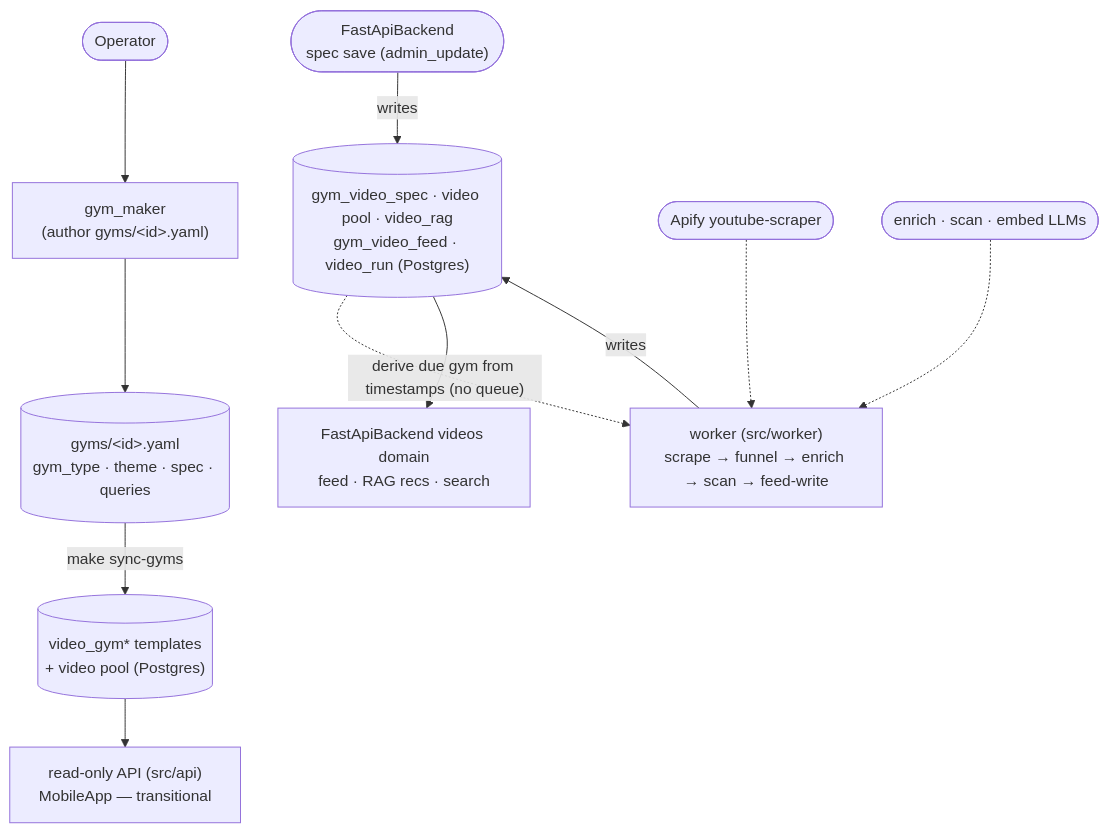
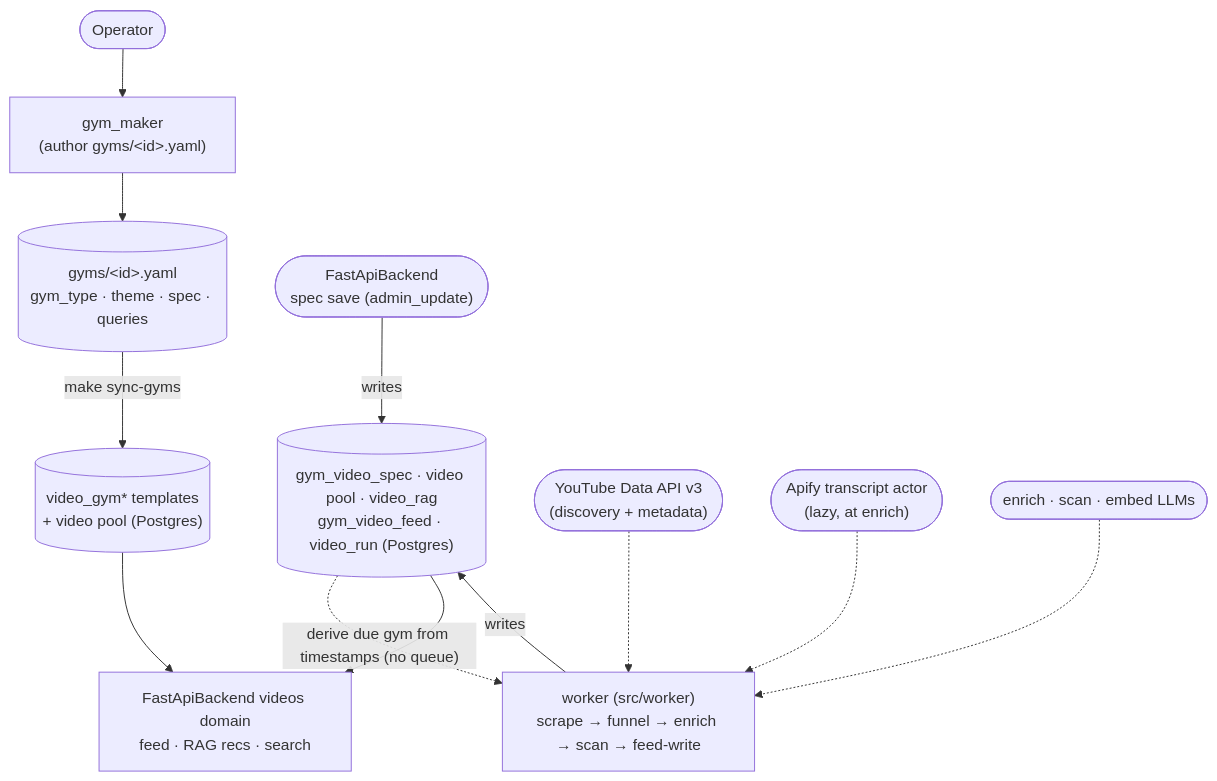
The diagram in VideoService/README.md (jesse51002/CombatDen), drawn with Mermaid before and after one commit. The commit also changed other lines of this file and 51 other files, not shown here.

First line of the commit message:
VideoService: delete read API; scrape via YouTube Data API + Apify transcripts

````diff
--- a/VideoService/README.md
+++ b/VideoService/README.md
@@ -85,15 +86,17 @@
 ```mermaid
 flowchart TD
     human(["Operator"]) --> maker["gym_maker<br/>(author gyms/&lt;id&gt;.yaml)"]
     maker --> gym[("gyms/&lt;id&gt;.yaml<br/>gym_type · theme · spec · queries")]
     gym -->|make sync-gyms| tmpl[("video_gym* templates<br/>+ video pool (Postgres)")]
 
     backend(["FastApiBackend<br/>spec save (admin_update)"]) -->|writes| real[("gym_video_spec · video pool · video_rag<br/>gym_video_feed · video_run (Postgres)")]
     real -.->|"derive due gym from timestamps (no queue)"| worker["worker (src/worker)<br/>scrape → funnel → enrich → scan → feed-write"]
-    apify(["Apify youtube-scraper"]) -.-> worker
+    youtube(["YouTube Data API v3<br/>(discovery + metadata)"]) -.-> worker
+    apify(["Apify transcript actor<br/>(lazy, at enrich)"]) -.-> worker
     llm(["enrich · scan · embed LLMs"]) -.-> worker
     worker -->|writes| real
 
-    tmpl --> api["read-only API (src/api)<br/>MobileApp — transitional"]
-    real --> fb["FastApiBackend videos domain<br/>feed · RAG recs · search"]
+    fb["FastApiBackend videos domain<br/>feed · RAG recs · search"]
+    tmpl --> fb
+    real --> fb
 ```
````
